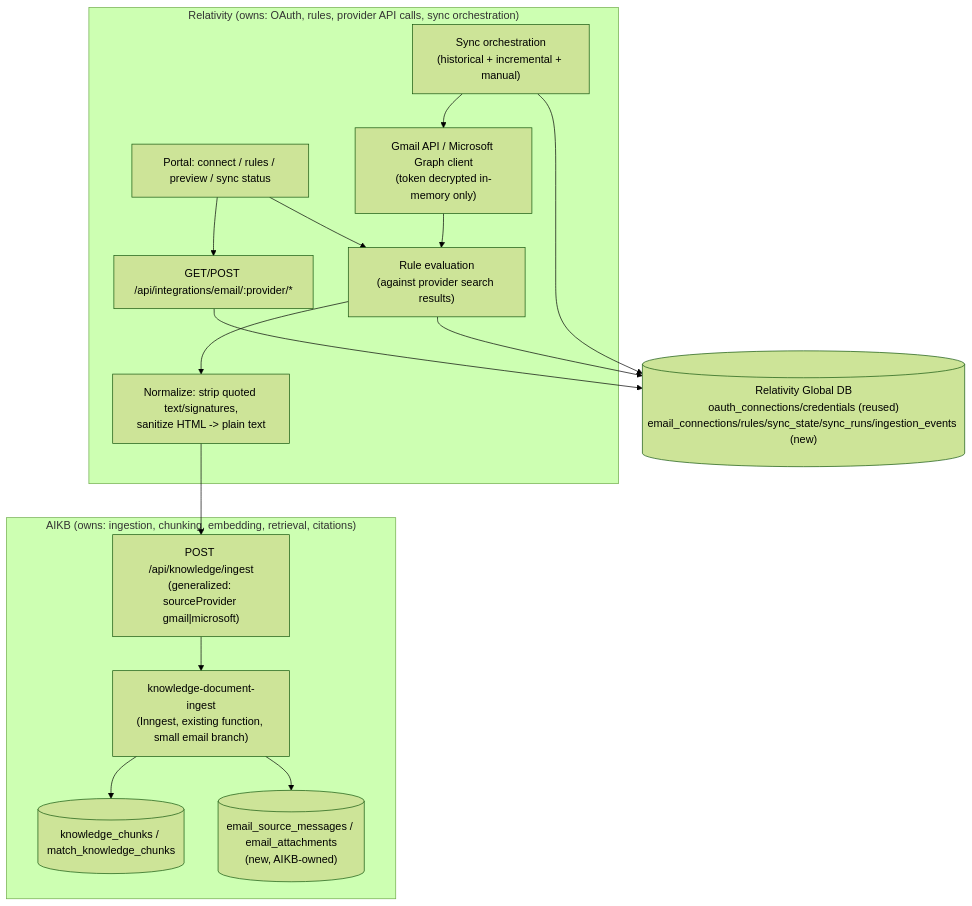
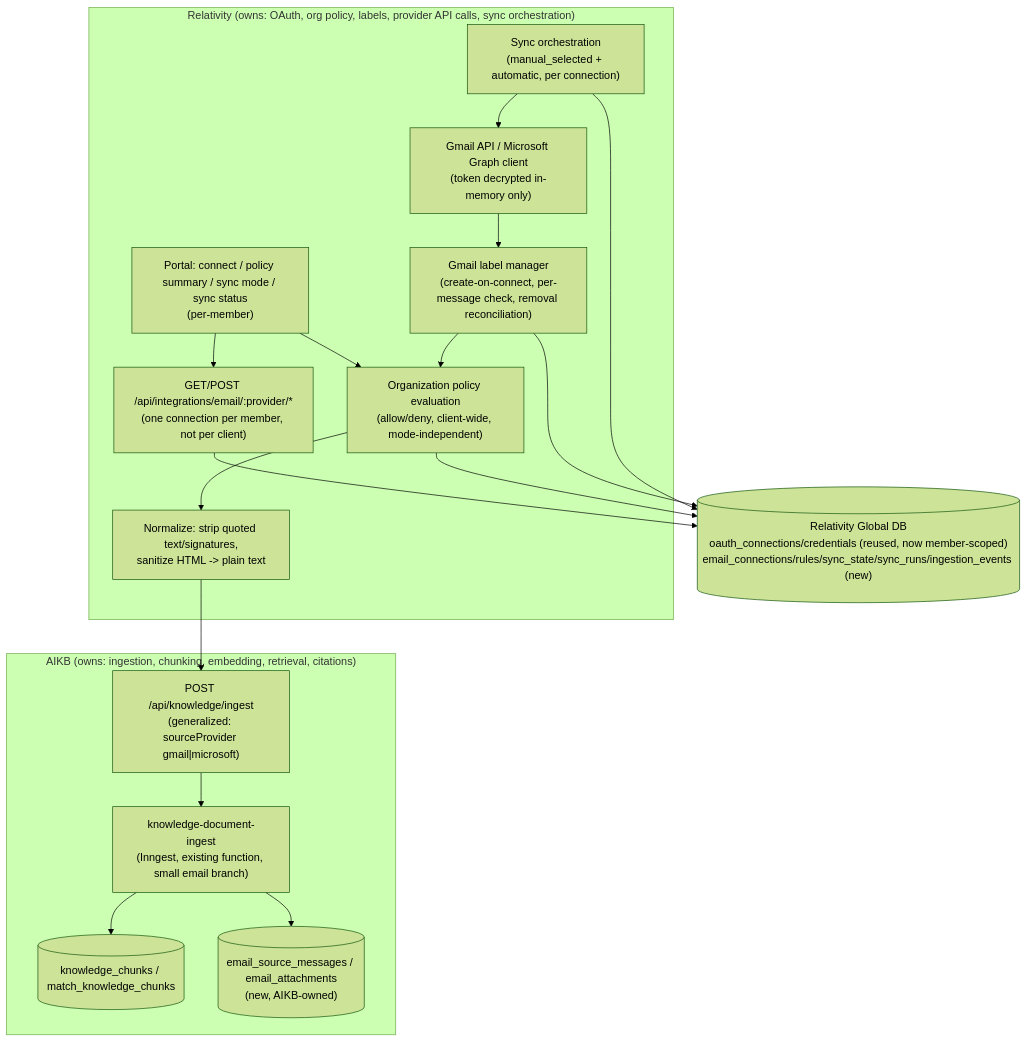
The first of 2 diagrams in architecture/EMAIL_INGESTION.md (relativitysystems/Architecture), drawn with Mermaid (forest theme) before and after one commit. The commit also changed other lines of this file, not shown here.

First line of the commit message:
Revise email ingestion plan: per-member mailboxes with Gmail-label consent

````diff
--- a/architecture/EMAIL_INGESTION.md
+++ b/architecture/EMAIL_INGESTION.md
@@ -149,26 +170,28 @@
 ```mermaid
 flowchart TD
-    subgraph Rel["Relativity (owns: OAuth, rules, provider API calls, sync orchestration)"]
-        UI["Portal: connect / rules / preview / sync status"]
-        OAuth["GET/POST /api/integrations/email/:provider/*"]
-        RuleEval["Rule evaluation\n(against provider search results)"]
+    subgraph Rel["Relativity (owns: OAuth, org policy, labels, provider API calls, sync orchestration)"]
+        UI["Portal: connect / policy summary / sync mode / sync status\n(per-member)"]
+        OAuth["GET/POST /api/integrations/email/:provider/*\n(one connection per member, not per client)"]
+        LabelMgr["Gmail label manager\n(create-on-connect, per-message check, removal reconciliation)"]
+        PolicyEval["Organization policy evaluation\n(allow/deny, client-wide, mode-independent)"]
         Fetch["Gmail API / Microsoft Graph client\n(token decrypted in-memory only)"]
         Normalize["Normalize: strip quoted text/signatures,\nsanitize HTML -> plain text"]
-        SyncOrch["Sync orchestration\n(historical + incremental + manual)"]
+        SyncOrch["Sync orchestration\n(manual_selected + automatic, per connection)"]
     end
     subgraph AIKBSvc["AIKB (owns: ingestion, chunking, embedding, retrieval, citations)"]
         Ingest["POST /api/knowledge/ingest\n(generalized: sourceProvider gmail|microsoft)"]
         Inngest["knowledge-document-ingest\n(Inngest, existing function, small email branch)"]
         Chunks[("knowledge_chunks / match_knowledge_chunks")]
         EmailMeta[("email_source_messages / email_attachments\n(new, AIKB-owned)")]
     end
-    GlobalDB[("Relativity Global DB\noauth_connections/credentials (reused)\nemail_connections/rules/sync_state/sync_runs/ingestion_events (new)")]
+    GlobalDB[("Relativity Global DB\noauth_connections/credentials (reused, now member-scoped)\nemail_connections/rules/sync_state/sync_runs/ingestion_events (new)")]
 
     UI --> OAuth --> GlobalDB
-    UI --> RuleEval
-    SyncOrch --> Fetch --> RuleEval --> Normalize --> Ingest
+    UI --> PolicyEval
+    SyncOrch --> Fetch --> LabelMgr --> PolicyEval --> Normalize --> Ingest
     Ingest --> Inngest --> Chunks
     Inngest --> EmailMeta
-    RuleEval --> GlobalDB
+    PolicyEval --> GlobalDB
+    LabelMgr --> GlobalDB
     SyncOrch --> GlobalDB
 ```
````
